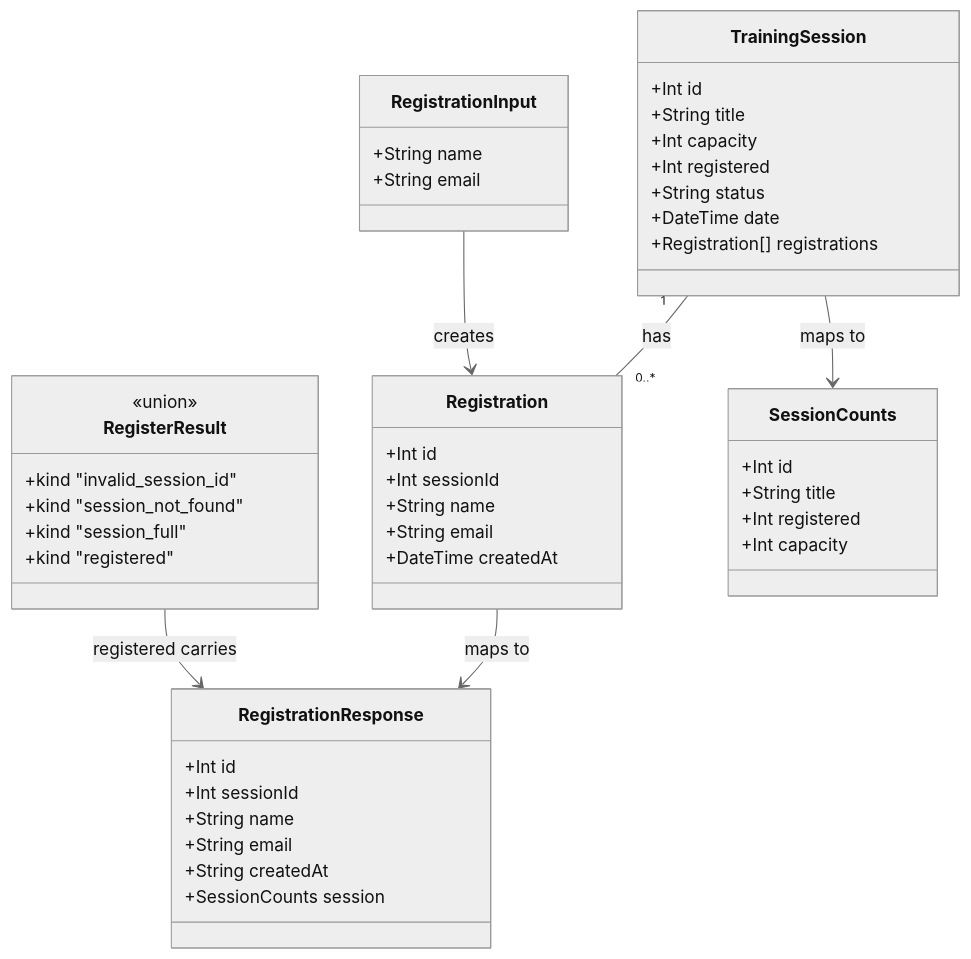
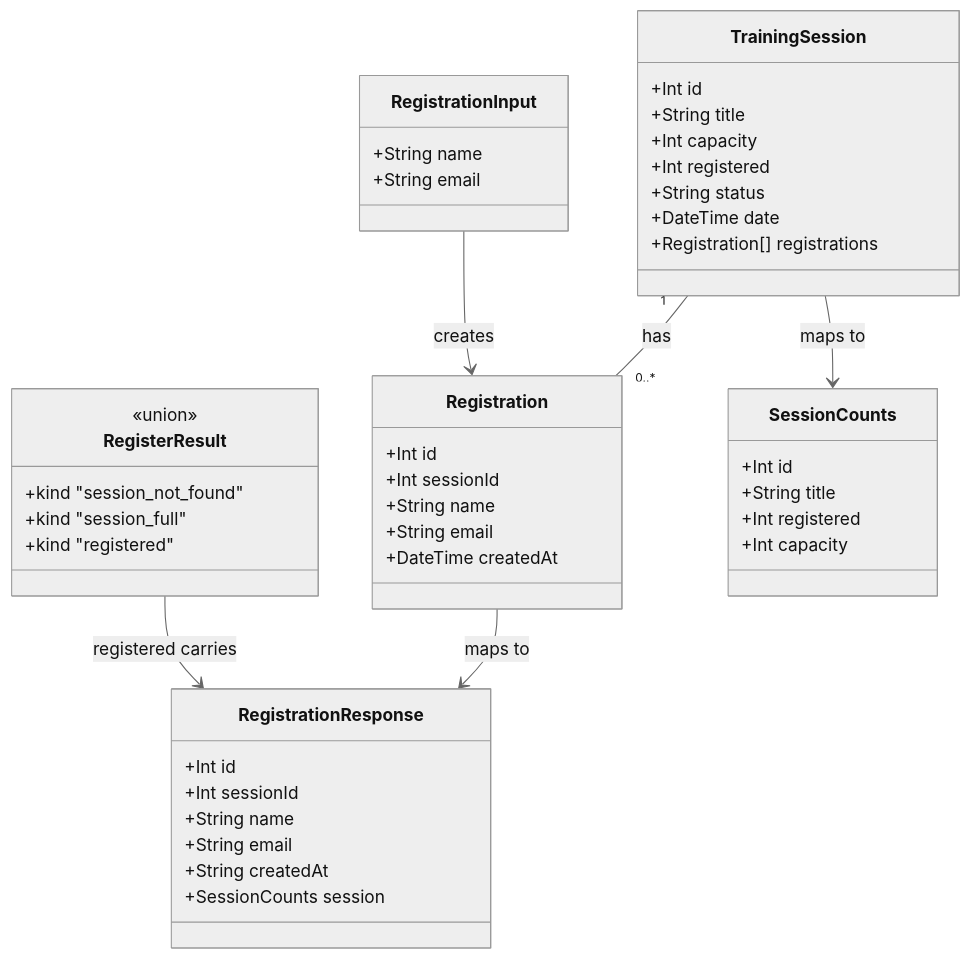
Before and after one commit to alexngoqh/workshophub-booking-assignment: the diagram in spdd/prompt/LATC-86-202611231811-[Feat]-api-register-for-training-session.md, drawn with Mermaid (neutral theme). The commit also changed other lines of this file, not shown here.

````diff
--- a/spdd/prompt/LATC-86-202611231811-[Feat]-api-register-for-training-session.md
+++ b/spdd/prompt/LATC-86-202611231811-[Feat]-api-register-for-training-session.md
@@ -26,57 +26,56 @@
 ```mermaid
 classDiagram
 direction TB
 
 class TrainingSession {
     +Int id
     +String title
     +Int capacity
     +Int registered
     +String status
     +DateTime date
     +Registration[] registrations
 }
 
 class Registration {
     +Int id
     +Int sessionId
     +String name
     +String email
     +DateTime createdAt
 }
 
 class RegistrationInput {
     +String name
     +String email
 }
 
 class RegisterResult {
     <<union>>
-    +kind "invalid_session_id"
     +kind "session_not_found"
     +kind "session_full"
     +kind "registered"
 }
 
 class RegistrationResponse {
     +Int id
     +Int sessionId
     +String name
     +String email
     +String createdAt
     +SessionCounts session
 }
 
 class SessionCounts {
     +Int id
     +String title
     +Int registered
     +Int capacity
 }
 
 TrainingSession "1" -- "0..*" Registration : has
 RegistrationInput --> Registration : creates
 Registration --> RegistrationResponse : maps to
 TrainingSession --> SessionCounts : maps to
 RegisterResult --> RegistrationResponse : registered carries
 ```
````
